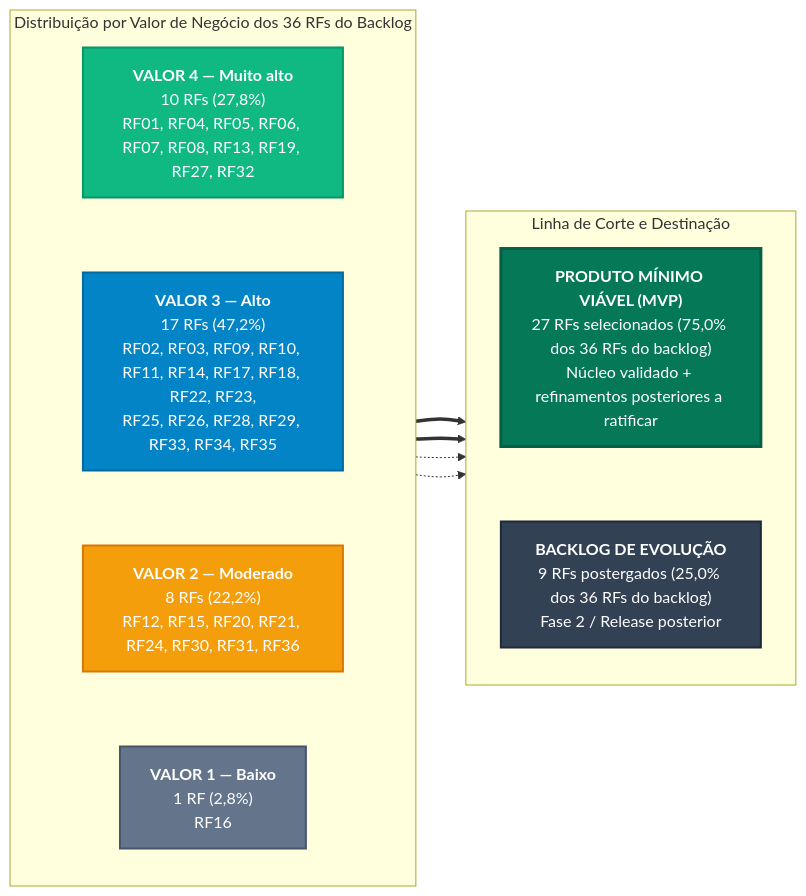
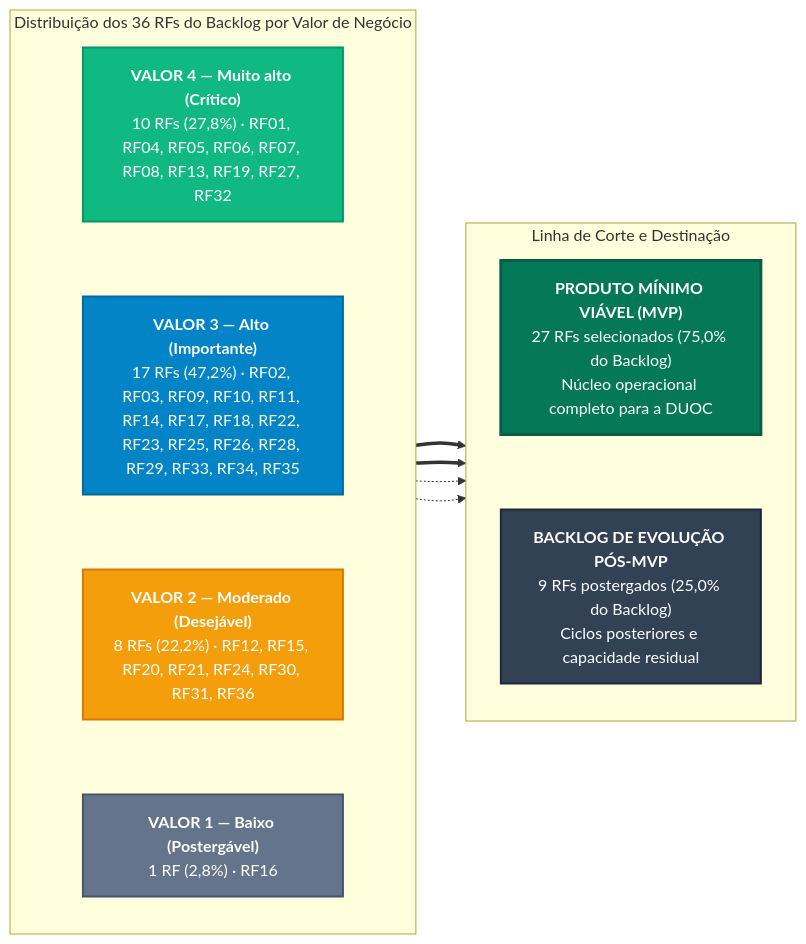
The first of 2 diagrams in docs/requisitos/priorizacao.md (mdsreq-fga-unb/REQ-2026.2-T01-DUOC-Finance), drawn with Mermaid before and after one commit. The commit also changed other lines of this file and 6 other files, not shown here.

````diff
--- a/docs/requisitos/priorizacao.md
+++ b/docs/requisitos/priorizacao.md
@@ -81,39 +93,39 @@
-```mermaid
-flowchart LR
-    subgraph NIVEIS["Distribuição por Valor de Negócio dos 36 RFs do Backlog"]
-        direction TB
-        V4["<b>VALOR 4 — Muito alto</b><br>10 RFs (27,8%)<br>RF01, RF04, RF05, RF06, RF07, RF08, RF13, RF19, RF27, RF32"]
-        V3["<b>VALOR 3 — Alto</b><br>17 RFs (47,2%)<br>RF02, RF03, RF09, RF10, RF11, RF14, RF17, RF18, RF22, RF23,<br>RF25, RF26, RF28, RF29, RF33, RF34, RF35"]
-        V2["<b>VALOR 2 — Moderado</b><br>8 RFs (22,2%)<br>RF12, RF15, RF20, RF21, RF24, RF30, RF31, RF36"]
-        V1["<b>VALOR 1 — Baixo</b><br>1 RF (2,8%)<br>RF16"]
-        V4 ~~~ V3
-        V3 ~~~ V2
-        V2 ~~~ V1
-    end
+    ```mermaid
+    flowchart LR
+        subgraph NIVEIS["Distribuição dos 36 RFs do Backlog por Valor de Negócio"]
+            direction TB
+            V4["<b>VALOR 4 — Muito alto (Crítico)</b><br>10 RFs (27,8%) · RF01, RF04, RF05, RF06, RF07, RF08, RF13, RF19, RF27, RF32"]
+            V3["<b>VALOR 3 — Alto (Importante)</b><br>17 RFs (47,2%) · RF02, RF03, RF09, RF10, RF11, RF14, RF17, RF18, RF22, RF23, RF25, RF26, RF28, RF29, RF33, RF34, RF35"]
+            V2["<b>VALOR 2 — Moderado (Desejável)</b><br>8 RFs (22,2%) · RF12, RF15, RF20, RF21, RF24, RF30, RF31, RF36"]
+            V1["<b>VALOR 1 — Baixo (Postergável)</b><br>1 RF (2,8%) · RF16"]
+            V4 ~~~ V3
+            V3 ~~~ V2
+            V2 ~~~ V1
+        end
 
-    subgraph DEST["Linha de Corte e Destinação"]
-        direction TB
-        MVP["<b>PRODUTO MÍNIMO VIÁVEL (MVP)</b><br>27 RFs selecionados (75,0% dos 36 RFs do backlog)<br>Núcleo validado + refinamentos posteriores a ratificar"]
-        POST["<b>BACKLOG DE EVOLUÇÃO</b><br>9 RFs postergados (25,0% dos 36 RFs do backlog)<br>Fase 2 / Release posterior"]
-        MVP ~~~ POST
-    end
+        subgraph DEST["Linha de Corte e Destinação"]
+            direction TB
+            MVP["<b>PRODUTO MÍNIMO VIÁVEL (MVP)</b><br>27 RFs selecionados (75,0% do Backlog)<br>Núcleo operacional completo para a DUOC"]
+            POST["<b>BACKLOG DE EVOLUÇÃO PÓS-MVP</b><br>9 RFs postergados (25,0% do Backlog)<br>Ciclos posteriores e capacidade residual"]
+            MVP ~~~ POST
+        end
 
-    V4 ==> MVP
-    V3 ==> MVP
-    V2 -.-> POST
-    V1 -.-> POST
+        V4 ==> MVP
+        V3 ==> MVP
+        V2 -.-> POST
+        V1 -.-> POST
 
-    classDef v4Class fill:#10b981,stroke:#059669,stroke-width:2px,color:#ffffff;
-    classDef v3Class fill:#0284c7,stroke:#0369a1,stroke-width:2px,color:#ffffff;
-    classDef v2Class fill:#f59e0b,stroke:#d97706,stroke-width:2px,color:#ffffff;
-    classDef v1Class fill:#64748b,stroke:#475569,stroke-width:2px,color:#ffffff;
-    classDef mvpClass fill:#047857,stroke:#065f46,stroke-width:3px,color:#ffffff;
-    classDef postClass fill:#334155,stroke:#1e293b,stroke-width:2px,color:#ffffff;
+        classDef v4Class fill:#10b981,stroke:#059669,stroke-width:2px,color:#ffffff;
+        classDef v3Class fill:#0284c7,stroke:#0369a1,stroke-width:2px,color:#ffffff;
+        classDef v2Class fill:#f59e0b,stroke:#d97706,stroke-width:2px,color:#ffffff;
+        classDef v1Class fill:#64748b,stroke:#475569,stroke-width:2px,color:#ffffff;
+        classDef mvpClass fill:#047857,stroke:#065f46,stroke-width:3px,color:#ffffff;
+        classDef postClass fill:#334155,stroke:#1e293b,stroke-width:2px,color:#ffffff;
 
-    class V4 v4Class;
-    class V3 v3Class;
-    class V2 v2Class;
-    class V1 v1Class;
-    class MVP mvpClass;
-    class POST postClass;
-```
+        class V4 v4Class;
+        class V3 v3Class;
+        class V2 v2Class;
+        class V1 v1Class;
+        class MVP mvpClass;
+        class POST postClass;
+    ```
````
